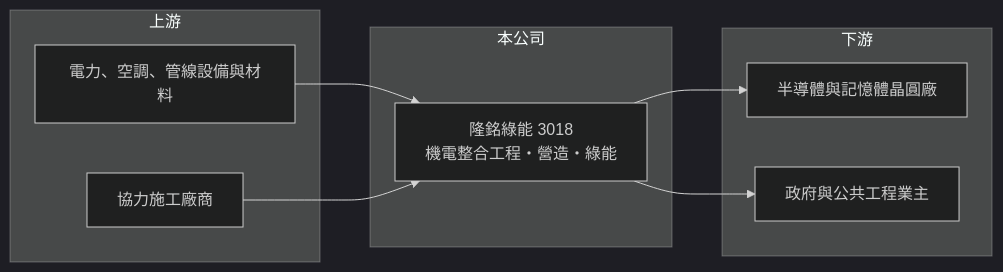
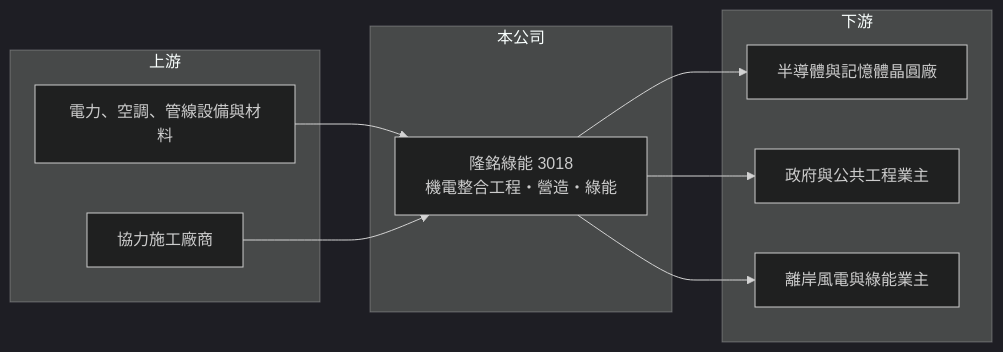
Before and after one commit to wangnick1004/taiwan-stock-vault: the diagram in 個股/台股/3018隆銘綠能.md, drawn with Mermaid (dark theme). The commit also changed other lines of this file and 8 other files, not shown here.

````diff
--- a/個股/台股/3018隆銘綠能.md
+++ b/個股/台股/3018隆銘綠能.md
@@ -86,18 +106,20 @@
 ```mermaid
 flowchart LR
     subgraph 上游
         A1["電力、空調、管線設備與材料"]
         A2["協力施工廠商"]
     end
     subgraph 本公司
         B["隆銘綠能 3018<br/>機電整合工程・營造・綠能"]
     end
     subgraph 下游
         C1["半導體與記憶體晶圓廠"]
         C2["政府與公共工程業主"]
+        C3["離岸風電與綠能業主"]
     end
     A1 --> B
     A2 --> B
     B --> C1
     B --> C2
+    B --> C3
 ```
````
